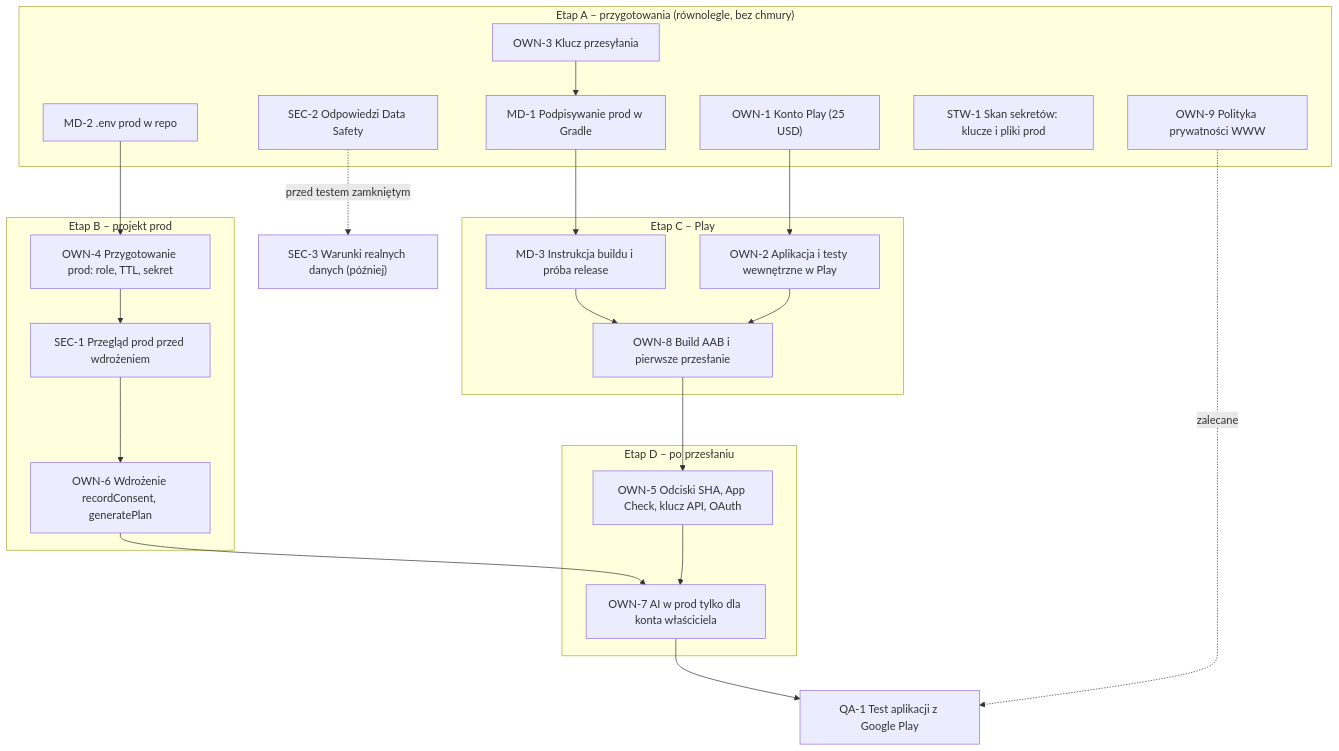
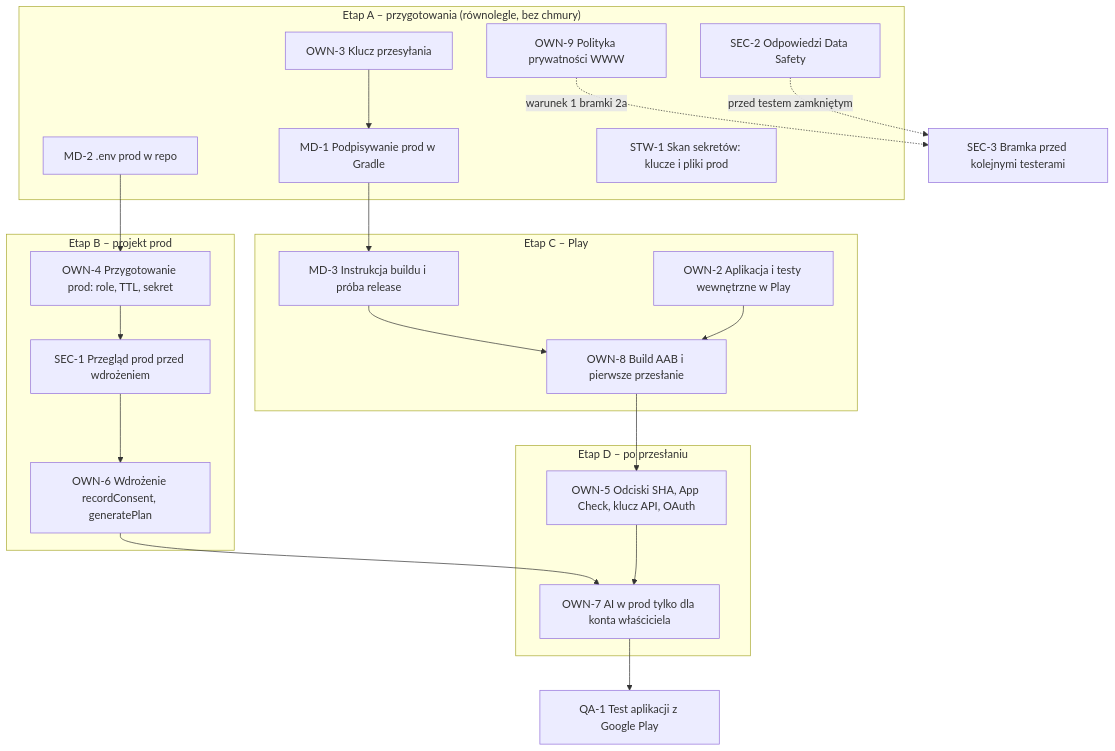
The diagram in docs/architecture/plan-wydania-testy-wewnetrzne.md (tadecode/tamitu), drawn with Mermaid before and after one commit. The commit also changed other lines of this file and 4 other files, not shown here.

First line of the commit message:
docs(architecture): TAM-116 – decyzje właściciela w planie wydania, ADR-0019 zatwierdzony

````diff
--- a/docs/architecture/plan-wydania-testy-wewnetrzne.md
+++ b/docs/architecture/plan-wydania-testy-wewnetrzne.md
@@ -365,42 +448,40 @@
 ```mermaid
 flowchart TD
   subgraph A["Etap A – przygotowania (równolegle, bez chmury)"]
-    OWN1["OWN-1 Konto Play (25 USD)"]
     OWN3["OWN-3 Klucz przesyłania"]
     OWN9["OWN-9 Polityka prywatności WWW"]
     MD1["MD-1 Podpisywanie prod w Gradle"]
     MD2["MD-2 .env prod w repo"]
     STW1["STW-1 Skan sekretów: klucze i pliki prod"]
     SEC2["SEC-2 Odpowiedzi Data Safety"]
   end
   subgraph B["Etap B – projekt prod"]
     OWN4["OWN-4 Przygotowanie prod: role, TTL, sekret"]
     SEC1["SEC-1 Przegląd prod przed wdrożeniem"]
     OWN6["OWN-6 Wdrożenie recordConsent, generatePlan"]
   end
   subgraph C["Etap C – Play"]
     OWN2["OWN-2 Aplikacja i testy wewnętrzne w Play"]
     MD3["MD-3 Instrukcja buildu i próba release"]
     OWN8["OWN-8 Build AAB i pierwsze przesłanie"]
   end
   subgraph D["Etap D – po przesłaniu"]
     OWN5["OWN-5 Odciski SHA, App Check, klucz API, OAuth"]
     OWN7["OWN-7 AI w prod tylko dla konta właściciela"]
   end
   QA1["QA-1 Test aplikacji z Google Play"]
-  SEC3["SEC-3 Warunki realnych danych (później)"]
+  SEC3["SEC-3 Bramka przed kolejnymi testerami"]
 
   MD2 --> OWN4
   OWN4 --> SEC1 --> OWN6
-  OWN1 --> OWN2
   OWN3 --> MD1
   MD1 --> MD3
   MD3 --> OWN8
   OWN2 --> OWN8
   OWN8 --> OWN5
   OWN6 --> OWN7
   OWN5 --> OWN7
   OWN7 --> QA1
-  OWN9 -.zalecane.-> QA1
+  OWN9 -.warunek 1 bramki 2a.-> SEC3
   SEC2 -.przed testem zamkniętym.-> SEC3
 ```
````
